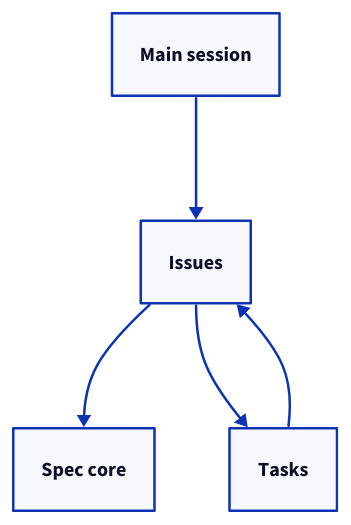
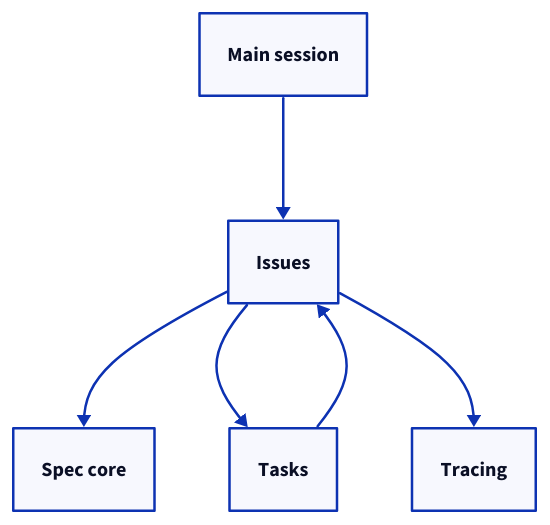
One commit to FTOD/concorde changed the first of 5 diagrams in specs/concorde/issues/module.md. Above: the diagram before and after it, drawn with D2. The commit also changed other lines of this file and 7 other files, not shown here.

````diff
--- a/specs/concorde/issues/module.md
+++ b/specs/concorde/issues/module.md
@@ -105,10 +105,12 @@
 ```d2
 issues: Issues
 core: Spec core
 tasks: Tasks
+tracing: Tracing
 session: Main session
 issues -> core
 issues -> tasks
+issues -> tracing
 tasks -> issues
 session -> issues
 ```
````
